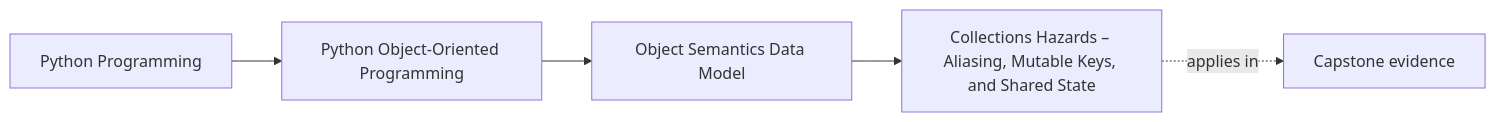
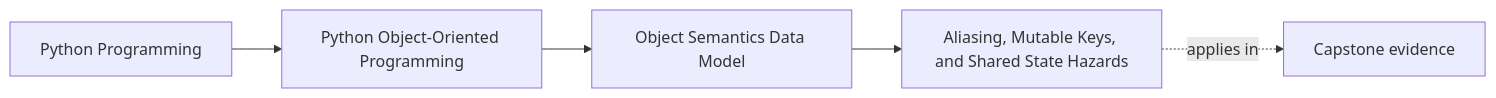
One commit to bijux/bijux-masterclass changed the first of 2 diagrams in programs/python-programming/python-object-oriented-programming/course-book/module-01-object-semantics-data-model/aliasing-mutable-keys-and-shared-state.md. Above: the diagram before and after it, drawn with Mermaid. The commit also changed other lines of this file, not shown here.

Commit message:
docs(oop): teach aliasing as an ownership hazard

````diff
--- a/programs/python-programming/python-object-oriented-programming/course-book/module-01-object-semantics-data-model/aliasing-mutable-keys-and-shared-state.md
+++ b/programs/python-programming/python-object-oriented-programming/course-book/module-01-object-semantics-data-model/aliasing-mutable-keys-and-shared-state.md
@@ -7,11 +6,11 @@
 ```mermaid
 graph LR
   family["Python Programming"]
   program["Python Object-Oriented Programming"]
   section["Object Semantics Data Model"]
-  page["Collections Hazards – Aliasing, Mutable Keys, and Shared State"]
+  page["Aliasing, Mutable Keys, and Shared State Hazards"]
   capstone["Capstone evidence"]
 
   family --> program --> section --> page
   page -.applies in.-> capstone
 ```
````
